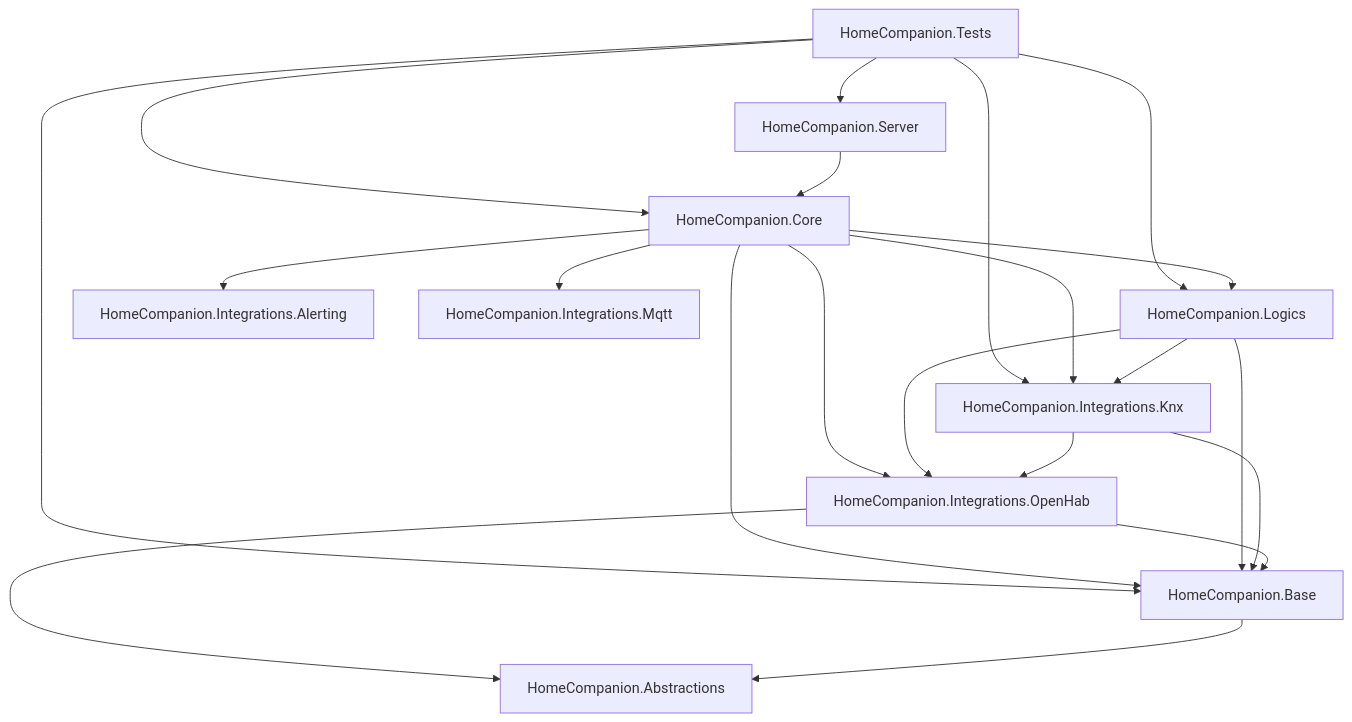
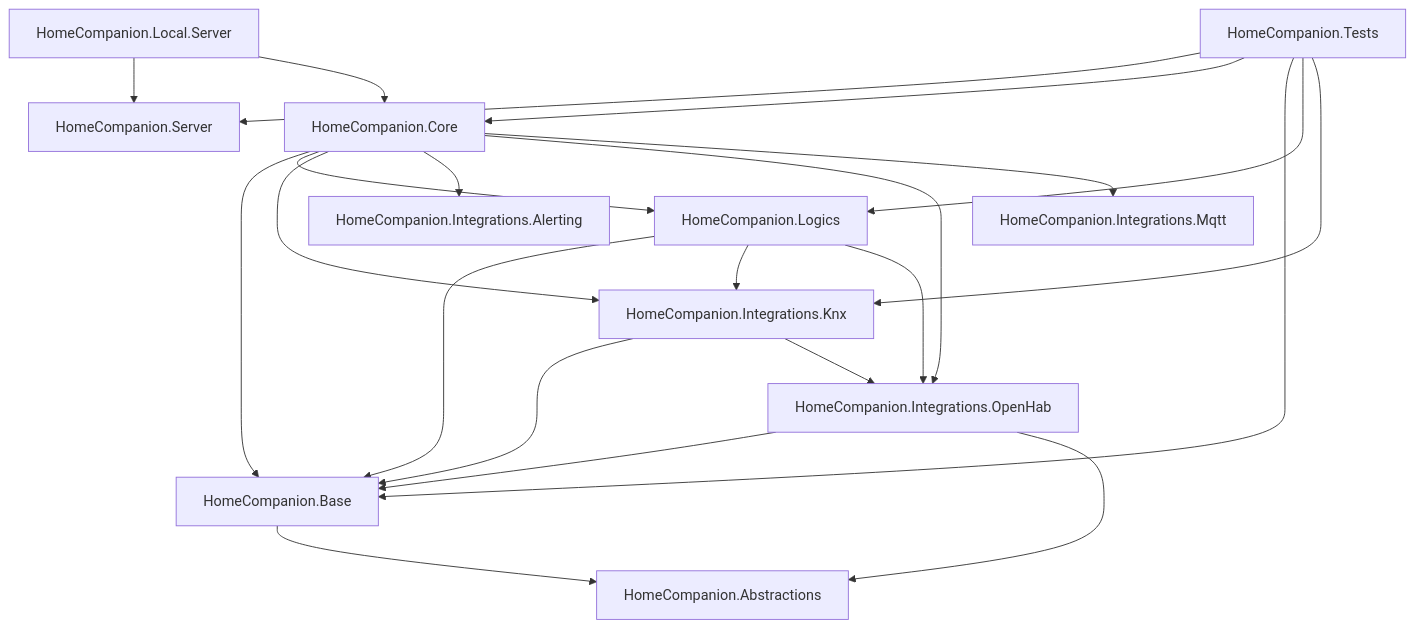
Before and after one commit to sfuchs-eng/HomeCompanion: the diagram in README.md, drawn with Mermaid. The commit also changed other lines of this file and 15 other files, not shown here.

Commit message:
HomeCompanion.Server as library instead of full application

````diff
--- a/README.md
+++ b/README.md
@@ -73,29 +74,30 @@
 ```mermaid
 graph TD
+  LocalServer[HomeCompanion.Local.Server] --> Server[HomeCompanion.Server]
+  LocalServer --> Core[HomeCompanion.Core]
+
   Tests[HomeCompanion.Tests] --> Server[HomeCompanion.Server]
   Tests --> Core[HomeCompanion.Core]
   Tests --> Base[HomeCompanion.Base]
   Tests --> Logics[HomeCompanion.Logics]
   Tests --> IntegrationsKnx[HomeCompanion.Integrations.Knx]
-
-  Server --> Core
 
   Core --> Base
   Core --> Logics
   Core --> IntegrationsKnx
   Core --> IntegrationsAlerting[HomeCompanion.Integrations.Alerting]
   Core --> IntegrationsOpenHab[HomeCompanion.Integrations.OpenHab]
   Core --> IntegrationsMqtt[HomeCompanion.Integrations.Mqtt]
 
   Logics --> Base
   Logics --> IntegrationsKnx
   Logics --> IntegrationsOpenHab
 
   IntegrationsKnx --> Base
   IntegrationsKnx --> IntegrationsOpenHab
 
   IntegrationsOpenHab --> Base
   IntegrationsOpenHab --> Abstractions[HomeCompanion.Abstractions]
 
   Base --> Abstractions
 ```
````
